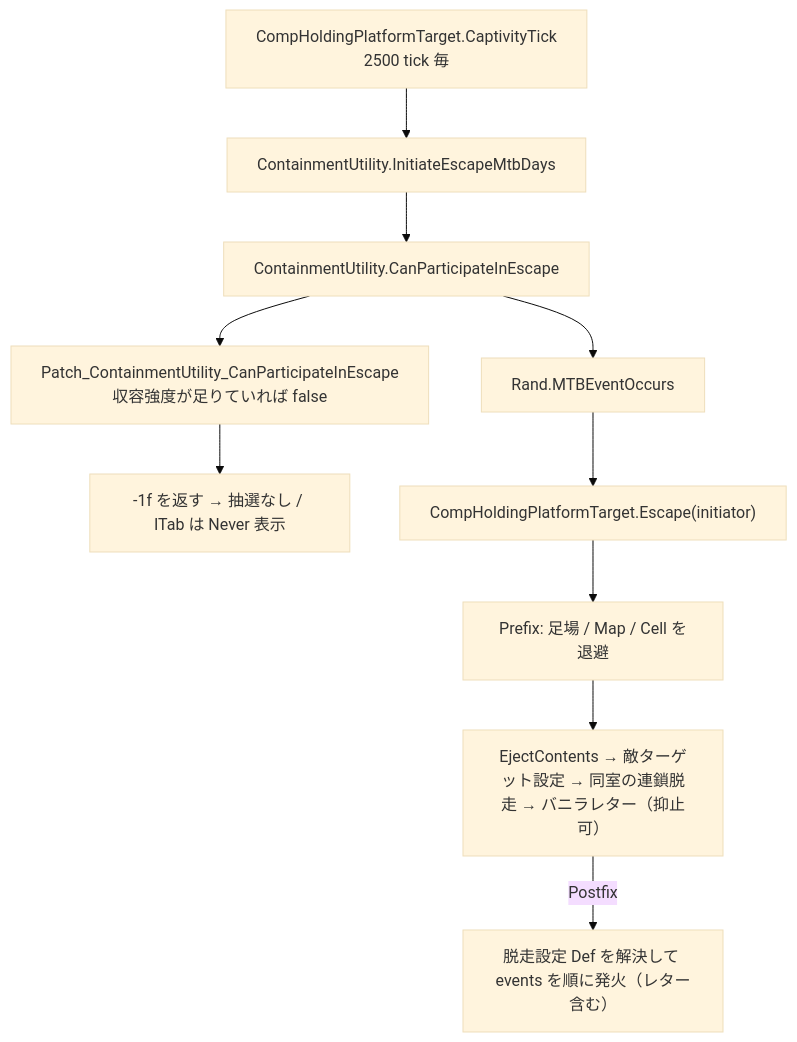
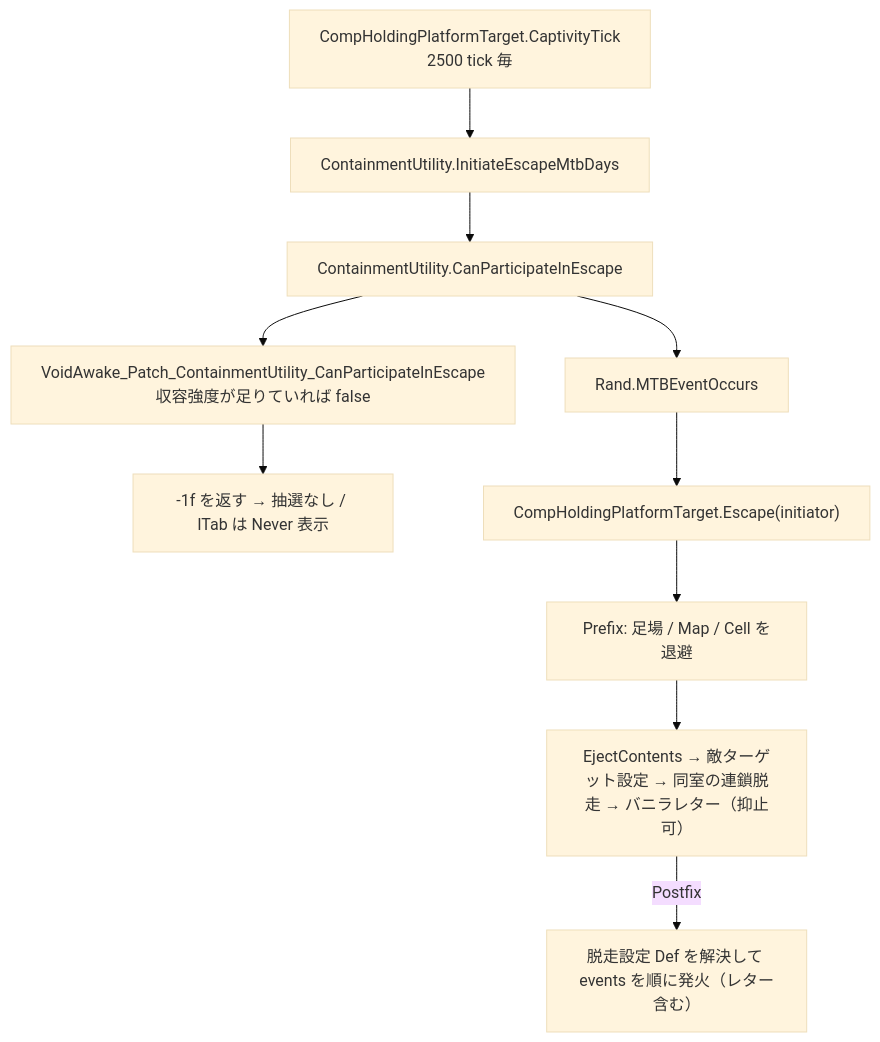
Before and after one commit to WlLL1204/VoidAwake: the first of 2 diagrams in Docs/Containment.md, drawn with Mermaid (base theme). The commit also changed other lines of this file and 354 other files, not shown here.

````diff
--- a/Docs/Containment.md
+++ b/Docs/Containment.md
@@ -16,23 +16,23 @@
 ```mermaid
 flowchart TB
   Tick["CompHoldingPlatformTarget.CaptivityTick<br/>2500 tick 毎"]
   Mtb["ContainmentUtility.InitiateEscapeMtbDays"]
   Can["ContainmentUtility.CanParticipateInEscape"]
-  Block["Patch_ContainmentUtility_CanParticipateInEscape<br/>収容強度が足りていれば false"]
+  Block["VoidAwake_Patch_ContainmentUtility_CanParticipateInEscape<br/>収容強度が足りていれば false"]
   Never["-1f を返す → 抽選なし / ITab は Never 表示"]
   Roll["Rand.MTBEventOccurs"]
   Escape["CompHoldingPlatformTarget.Escape(initiator)"]
   Prefix["Prefix: 足場 / Map / Cell を退避"]
   Vanilla["EjectContents → 敵ターゲット設定 → 同室の連鎖脱走 → バニラレター（抑止可）"]
   Events["脱走設定 Def を解決して events を順に発火（レター含む）"]
 
   Tick --> Mtb
   Mtb --> Can
   Can --> Block
   Block --> Never
   Can --> Roll
   Roll --> Escape
   Escape --> Prefix
   Prefix --> Vanilla
   Vanilla -->|Postfix| Events
 ```
````
